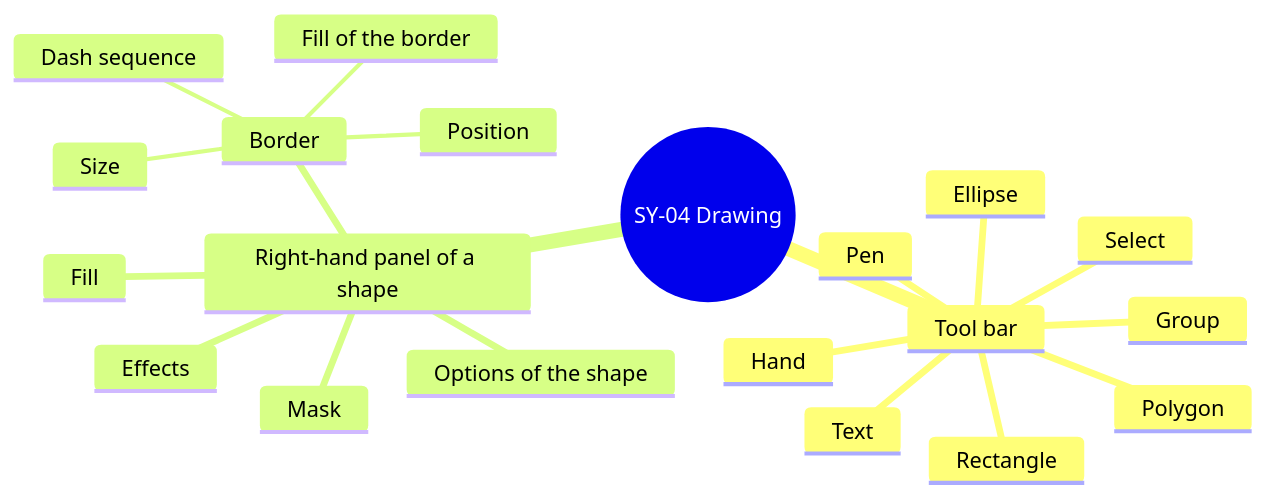
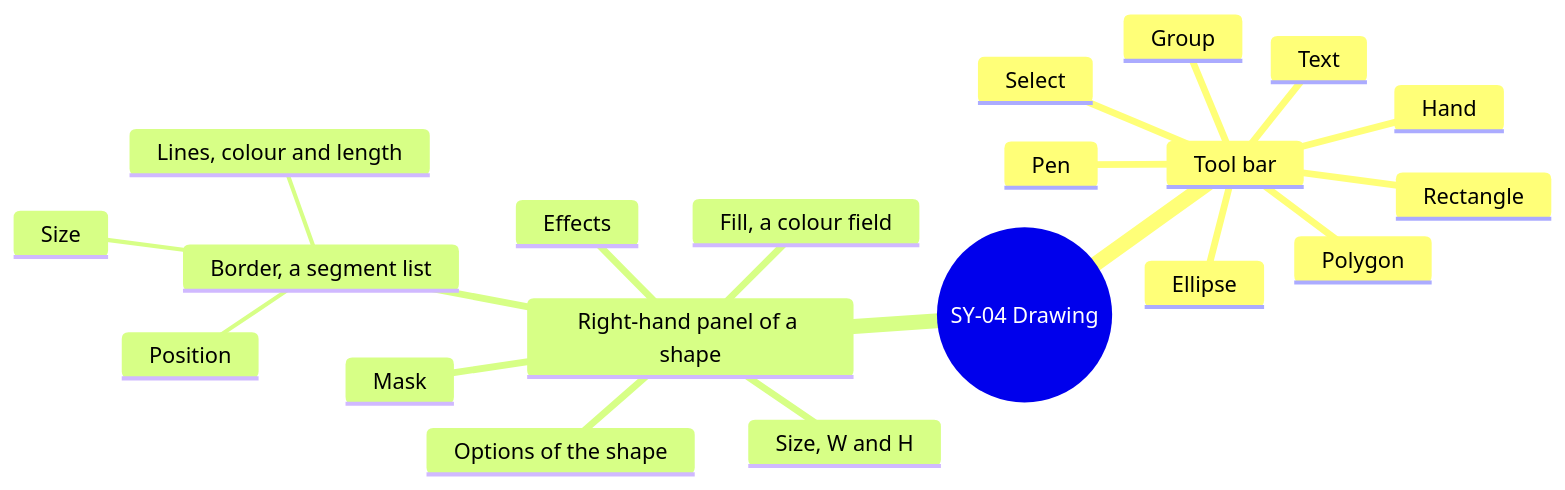
The sixth of 14 diagrams in screens/symbols.md (AlexandreGallais/synoptic-studio-spec), drawn with Mermaid before and after one commit. The commit also changed other lines of this file and 11 other files, not shown here.

First line of the commit message:
docs(controls): draw size, colour and border fields like figma

````diff
--- a/screens/symbols.md
+++ b/screens/symbols.md
@@ -179,23 +179,23 @@
 ```mermaid
 mindmap
   root((SY-04 Drawing))
     Tool bar
       Select
       Hand
       Group
       Rectangle
       Ellipse
       Polygon
       Pen
       Text
     Right-hand panel of a shape
-      Fill
-      Border
+      Size, W and H
+      Fill, a colour field
+      Border, a segment list
+        Lines, colour and length
         Size
         Position
-        Fill of the border
-        Dash sequence
       Effects
       Mask
       Options of the shape
 ```
````
